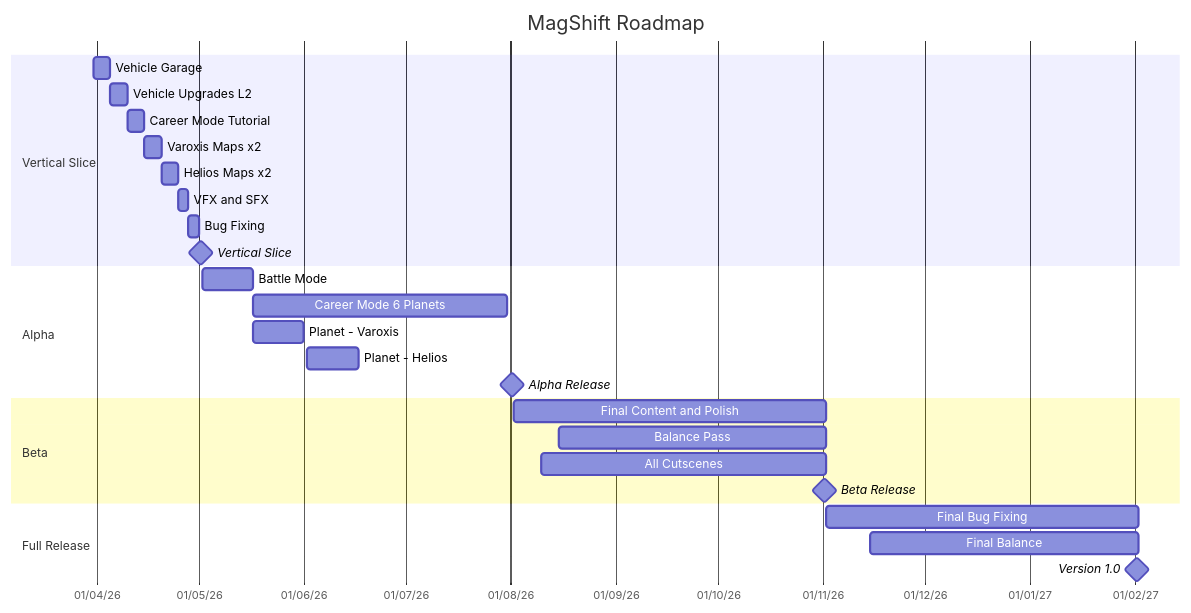
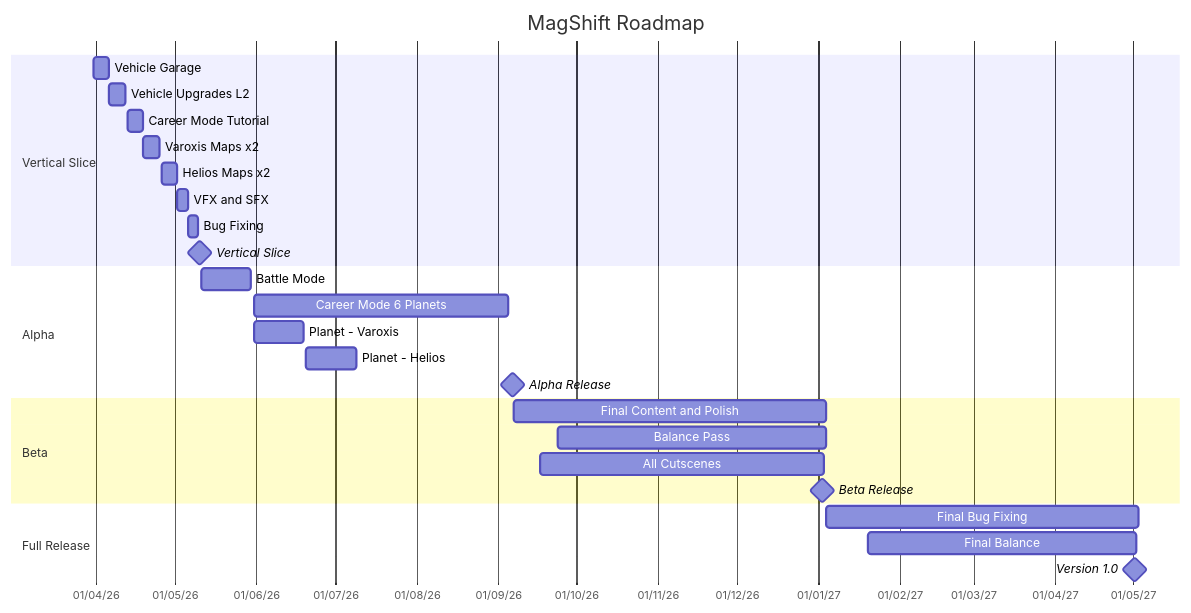
One commit to MisahSnow/MagShift-Obsidian changed the diagram in Roadmap/Goals Gantt.md. Above: the diagram before and after it, drawn with Mermaid. The commit also changed other lines of this file and 3 other files, not shown here.

````diff
--- a/Roadmap/Goals Gantt.md
+++ b/Roadmap/Goals Gantt.md
@@ -3,35 +3,34 @@
 ```mermaid
 gantt
     title MagShift Roadmap
     dateFormat YYYY-MM-DD
     axisFormat %d/%m/%y
 
     section Vertical Slice
-
-    Vehicle Garage :a2, 2026-03-31, 5d
-    Vehicle Upgrades L2 :a3, 2026-04-05, 5d
-    Career Mode Tutorial :a1, 2026-04-10, 5d
-    Varoxis Maps x2 :a4, 2026-04-15, 5d
-    Helios Maps x2 :a5, 2026-04-20, 5d
-    VFX and SFX :a6, 2026-04-25, 3d
-    Bug Fixing :a7, 2026-04-28,  3d
-    Vertical Slice :milestone, m1, 2026-05-1, 1d
+    Vehicle Garage :a2, 2026-03-31, 6d
+    Vehicle Upgrades L2 :a3, 2026-04-06, 6d
+    Career Mode Tutorial :a1, 2026-04-13, 6d
+    Varoxis Maps x2 :a4, 2026-04-19, 6d
+    Helios Maps x2 :a5, 2026-04-26, 6d
+    VFX and SFX :a6, 2026-05-02, 4d
+    Bug Fixing :a7, 2026-05-06, 4d
+    Vertical Slice :milestone, m1, 2026-05-10, 1d
 
     section Alpha
-    Battle Mode :b2, 2026-05-02, 15d
-    Career Mode 6 Planets :b1, 2026-05-17, 75d
-	Planet - Varoxis :b1, 2026-05-17, 15d
-	Planet - Helios :b1, 2026-06-02, 15d
-    Alpha Release :milestone, m2, 2026-08-01, 1d
+    Battle Mode :b2, 2026-05-11, 19d
+    Career Mode 6 Planets :b1, 2026-05-31, 97d
+    Planet - Varoxis :b3, 2026-05-31, 19d
+    Planet - Helios :b4, 2026-06-20, 19d
+    Alpha Release :milestone, m2, 2026-09-06, 1d
 
     section Beta
-    Final Content and Polish :c1, 2026-08-02, 92d
-    Balance Pass :c2, 2026-08-15, 79d
-    All Cutscenes :c3, 2026-08-10, 84d
-    Beta Release :milestone, m3, 2026-11-01, 1d
+    Final Content and Polish :c1, 2026-09-07, 119d
+    Balance Pass :c2, 2026-09-24, 102d
+    All Cutscenes :c3, 2026-09-17, 108d
+    Beta Release :milestone, m3, 2027-01-02, 1d
 
     section Full Release
-    Final Bug Fixing :d1, 2026-11-02, 92d
-    Final Balance :d2, 2026-11-15, 79d
-    Version 1.0 :milestone, m4, 2027-02-01, 1d
+    Final Bug Fixing :d1, 2027-01-04, 119d
+    Final Balance :d2, 2027-01-20, 102d
+    Version 1.0 :milestone, m4, 2027-05-01, 1d
 ```
````
